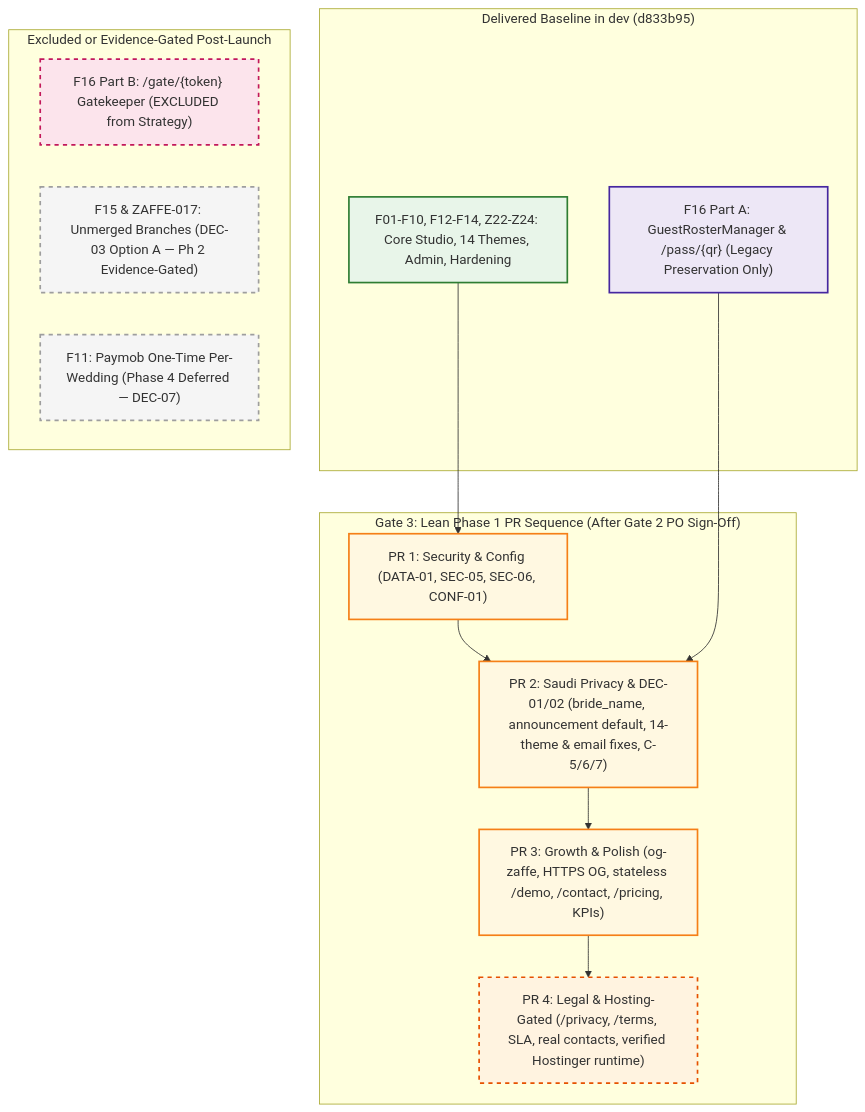
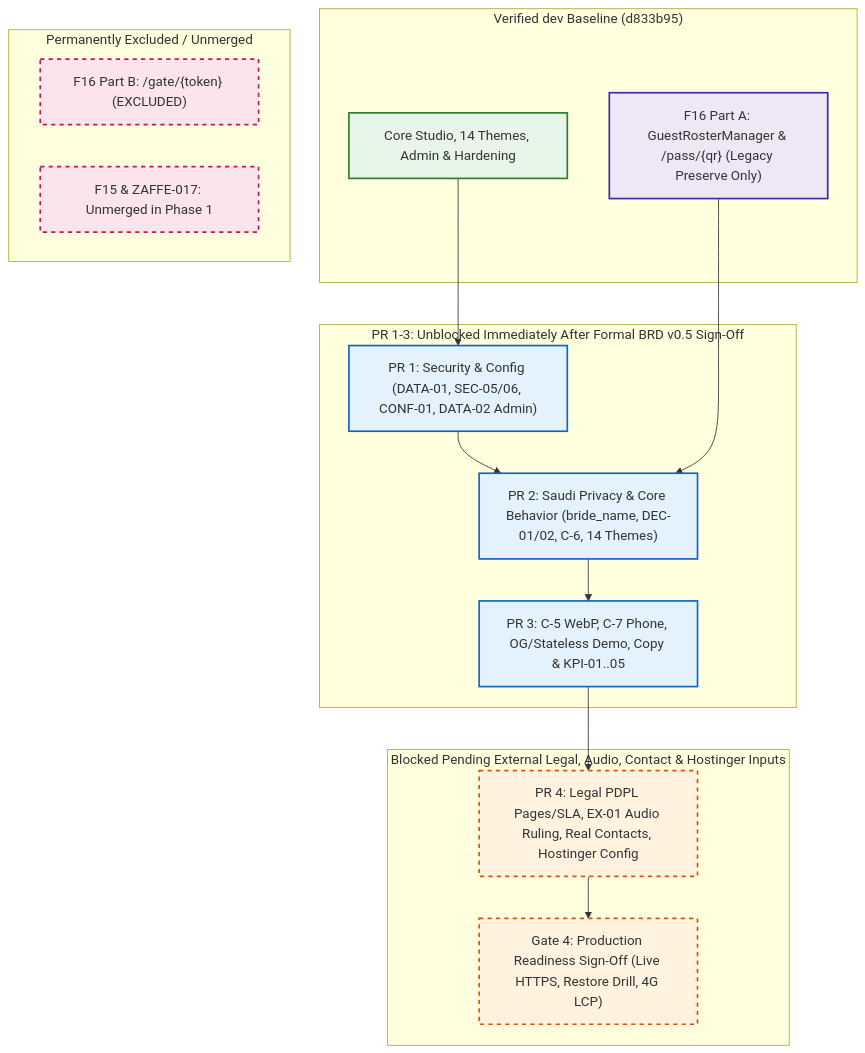
One commit to mohamedelbalooty/Zaffe changed the diagram in docs/engineering/MASTER_ROADMAP.md. Above: the diagram before and after it, drawn with Mermaid. The commit also changed other lines of this file and 7 other files, not shown here.

Commit message:
docs(governance): record final PO decisions C-5..C-7, KPI-03b, KPI-05 and finalize BRD v0.5 for sign-off (ZAFFE-026)

````diff
--- a/docs/engineering/MASTER_ROADMAP.md
+++ b/docs/engineering/MASTER_ROADMAP.md
@@ -22,30 +22,32 @@
 ```mermaid
 flowchart TD
     classDef done fill:#e8f5e9,stroke:#2e7d32,stroke-width:2px;
     classDef legacy fill:#ede7f6,stroke:#4527a0,stroke-width:2px;
-    classDef queued fill:#fff8e1,stroke:#f57f17,stroke-width:2px;
+    classDef ready fill:#e3f2fd,stroke:#1565c0,stroke-width:2px;
     classDef gated fill:#fff3e0,stroke:#e65100,stroke-width:2px,stroke-dasharray: 5 5;
     classDef excluded fill:#fce4ec,stroke:#c2185b,stroke-width:2px,stroke-dasharray: 5 5;
-    classDef deferred fill:#f5f5f5,stroke:#9e9e9e,stroke-width:2px,stroke-dasharray: 5 5;
 
-    subgraph Baseline["Delivered Baseline in dev (d833b95)"]
-        F01["F01-F10, F12-F14, Z22-Z24: Core Studio, 14 Themes, Admin, Hardening"]:::done
-        F16A["F16 Part A: GuestRosterManager & /pass/{qr} (Legacy Preservation Only)"]:::legacy
+    subgraph Baseline["Verified dev Baseline (d833b95)"]
+        CORE["Core Studio, 14 Themes, Admin & Hardening"]:::done
+        LEG["F16 Part A: GuestRosterManager & /pass/{qr} (Legacy Preserve Only)"]:::legacy
     end
 
-    subgraph Gate3["Gate 3: Lean Phase 1 PR Sequence (After Gate 2 PO Sign-Off)"]
-        PR1["PR 1: Security & Config (DATA-01, SEC-05, SEC-06, CONF-01)"]:::queued
-        PR2["PR 2: Saudi Privacy & DEC-01/02 (bride_name, announcement default, 14-theme & email fixes, C-5/6/7)"]:::queued
-        PR3["PR 3: Growth & Polish (og-zaffe, HTTPS OG, stateless /demo, /contact, /pricing, KPIs)"]:::queued
-        PR4["PR 4: Legal & Hosting-Gated (/privacy, /terms, SLA, real contacts, verified Hostinger runtime)"]:::gated
+    subgraph Gate3Ready["PR 1-3: Unblocked Immediately After Formal BRD v0.5 Sign-Off"]
+        PR1["PR 1: Security & Config (DATA-01, SEC-05/06, CONF-01, DATA-02 Admin)"]:::ready
+        PR2["PR 2: Saudi Privacy & Core Behavior (bride_name, DEC-01/02, C-6, 14 Themes)"]:::ready
+        PR3["PR 3: C-5 WebP, C-7 Phone, OG/Stateless Demo, Copy & KPI-01..05"]:::ready
     end
 
-    subgraph OutsideP1["Excluded or Evidence-Gated Post-Launch"]
-        F16B["F16 Part B: /gate/{token} Gatekeeper (EXCLUDED from Strategy)"]:::excluded
-        F15["F15 & ZAFFE-017: Unmerged Branches (DEC-03 Option A — Ph 2 Evidence-Gated)"]:::deferred
-        F11["F11: Paymob One-Time Per-Wedding (Phase 4 Deferred — DEC-07)"]:::deferred
+    subgraph Gate4Blocked["Blocked Pending External Legal, Audio, Contact & Hostinger Inputs"]
+        PR4["PR 4: Legal PDPL Pages/SLA, EX-01 Audio Ruling, Real Contacts, Hostinger Config"]:::gated
+        G4["Gate 4: Production Readiness Sign-Off (Live HTTPS, Restore Drill, 4G LCP)"]:::gated
     end
 
-    F01 --> PR1 --> PR2 --> PR3 --> PR4
-    F16A --> PR2
+    subgraph Never["Permanently Excluded / Unmerged"]
+        F16B["F16 Part B: /gate/{token} (EXCLUDED)"]:::excluded
+        F15["F15 & ZAFFE-017: Unmerged in Phase 1"]:::excluded
+    end
+
+    CORE --> PR1 --> PR2 --> PR3 --> PR4 --> G4
+    LEG --> PR2
 ```
````
